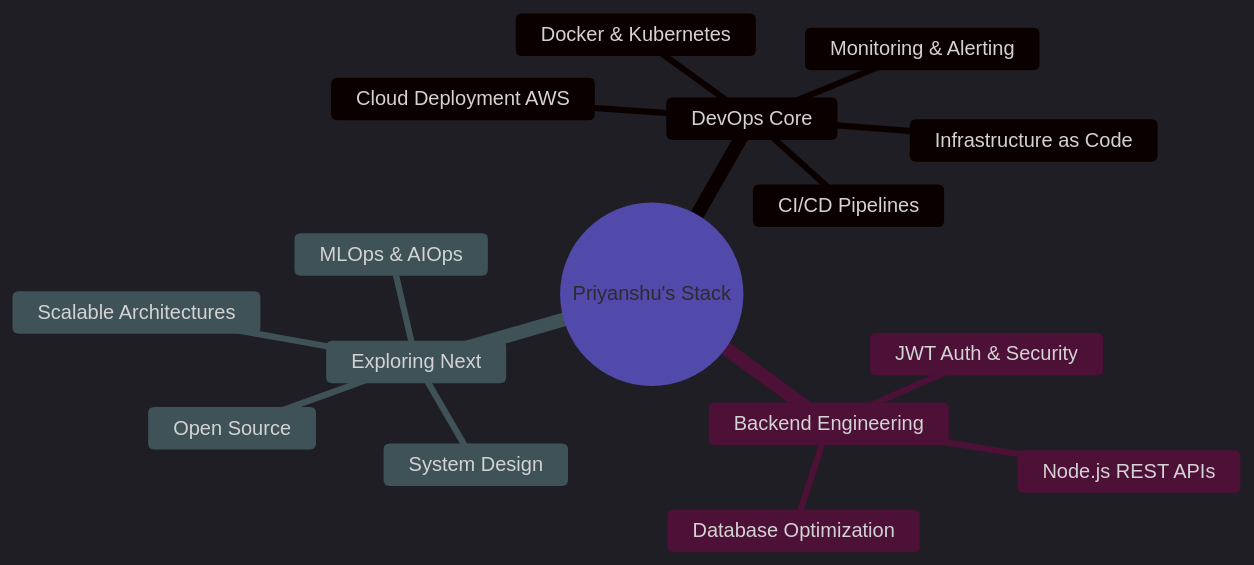
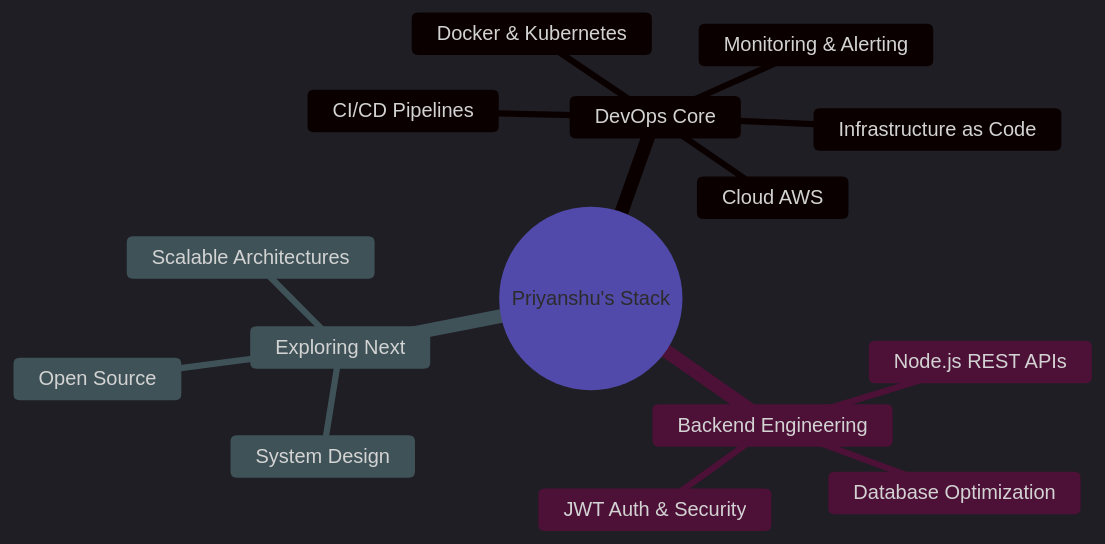
One commit to Priyanshu-2545/Priyanshu-2545 changed the diagram in README.md. Above: the diagram before and after it, drawn with Mermaid. The commit also changed other lines of this file, not shown here.

````diff
--- a/README.md
+++ b/README.md
@@ -201,27 +203,26 @@
 ```mermaid
 %%{init: {'theme':'dark', 'themeVariables': { 
   'primaryColor':'#00d4ff', 
   'primaryTextColor':'#ffffff', 
   'primaryBorderColor':'#302b63', 
   'lineColor':'#00d4ff', 
   'secondaryColor':'#302b63', 
   'tertiaryColor':'#0f0c29'
 }}}%%
 mindmap
   root((Priyanshu's Stack))
     DevOps Core
       CI/CD Pipelines
       Docker & Kubernetes
       Infrastructure as Code
-      Cloud Deployment AWS
+      Cloud AWS
       Monitoring & Alerting
     Backend Engineering
       Node.js REST APIs
       Database Optimization
       JWT Auth & Security
     Exploring Next
       System Design
-      MLOps & AIOps
       Open Source
       Scalable Architectures
 ```
````
